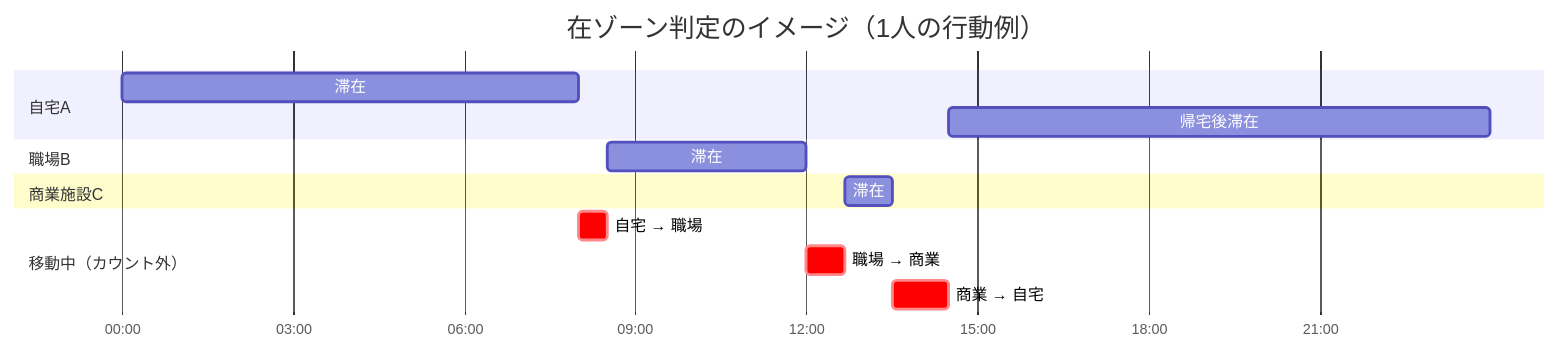
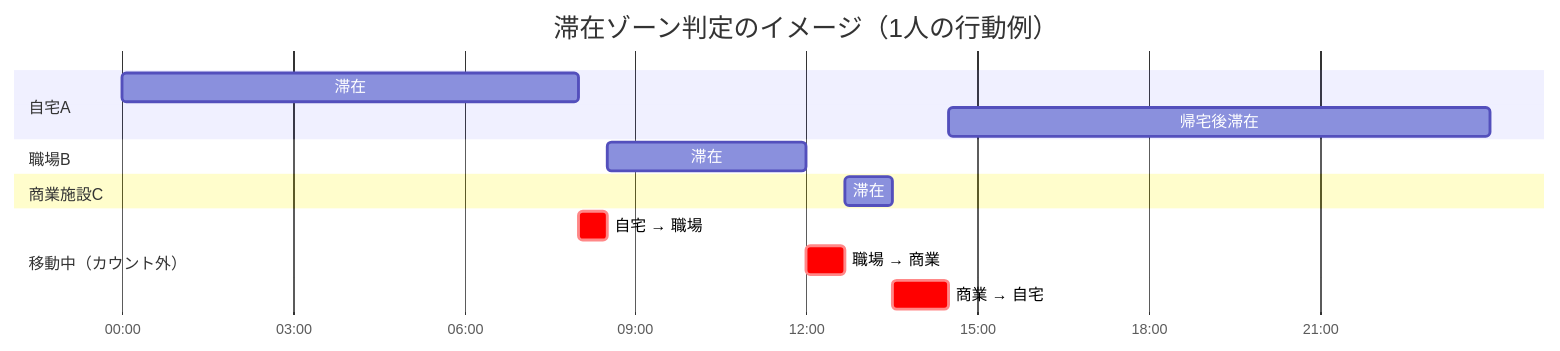
The diagram in README.md (shiwaku/r4-okayama-person-trip), drawn with Mermaid before and after one commit. The commit also changed other lines of this file, not shown here.

````diff
--- a/README.md
+++ b/README.md
@@ -157,21 +157,21 @@
 ```mermaid
 gantt
-    title 在ゾーン判定のイメージ（1人の行動例）
+    title 滞在ゾーン判定のイメージ（1人の行動例）
     dateFormat HH:mm
     axisFormat %H:%M
 
     section 自宅A
     滞在           :a1, 00:00, 08:00
     帰宅後滞在      :a2, 14:30, 23:59
 
     section 職場B
     滞在           :b1, 08:30, 12:00
 
     section 商業施設C
     滞在           :c1, 12:40, 13:30
 
     section 移動中（カウント外）
     自宅 → 職場    :crit, m1, 08:00, 08:30
     職場 → 商業    :crit, m2, 12:00, 12:40
     商業 → 自宅    :crit, m3, 13:30, 14:30
 ```
````
